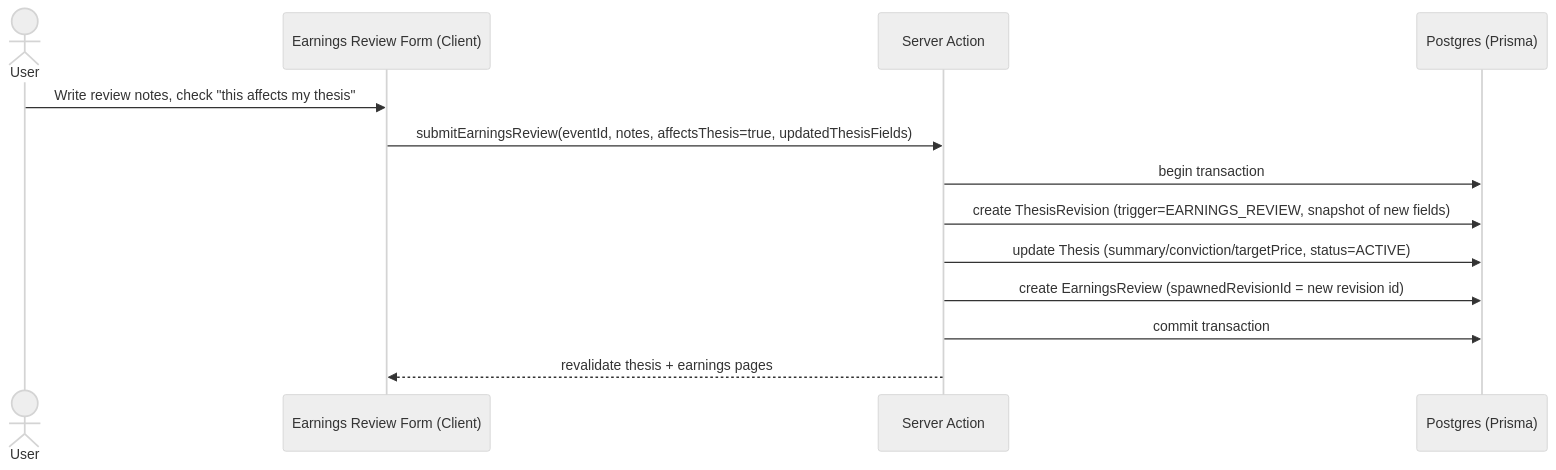
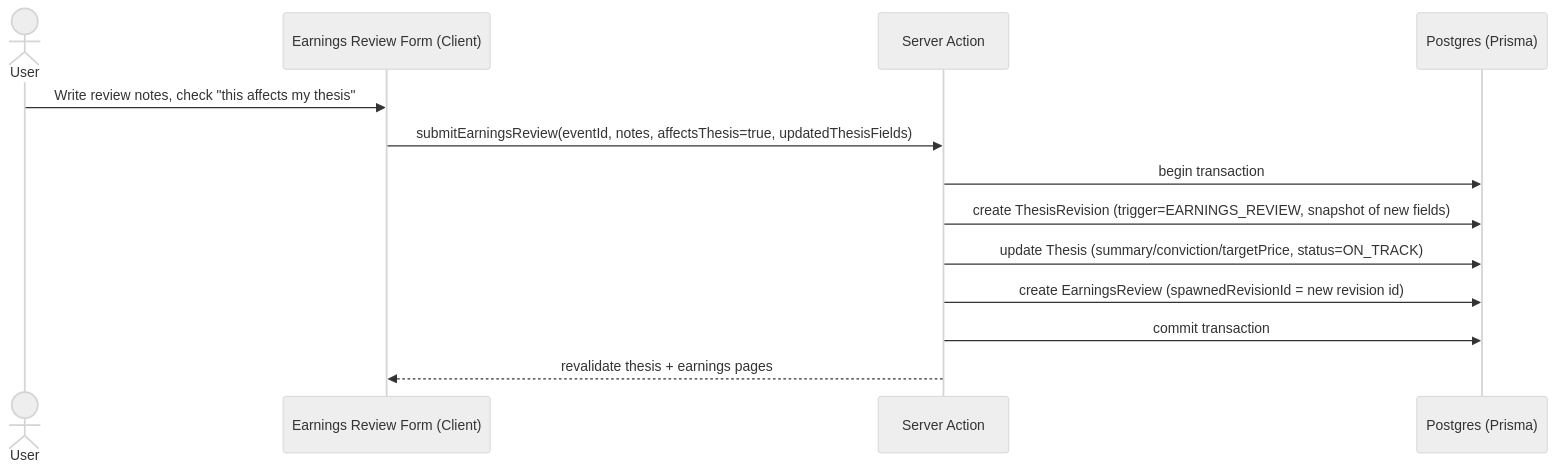
The eighth of 8 diagrams in docs/phase-0/10-data-flow.md (ayush51/stocklens), drawn with Mermaid (neutral theme) before and after one commit. The commit also changed other lines of this file and 11 other files, not shown here.

````diff
--- a/docs/phase-0/10-data-flow.md
+++ b/docs/phase-0/10-data-flow.md
@@ -129,16 +243,16 @@
 ```mermaid
 sequenceDiagram
     actor U as User
     participant UI as Earnings Review Form (Client)
     participant SA as Server Action
     participant DB as Postgres (Prisma)
 
     U->>UI: Write review notes, check "this affects my thesis"
     UI->>SA: submitEarningsReview(eventId, notes, affectsThesis=true, updatedThesisFields)
     SA->>DB: begin transaction
     SA->>DB: create ThesisRevision (trigger=EARNINGS_REVIEW, snapshot of new fields)
-    SA->>DB: update Thesis (summary/conviction/targetPrice, status=ACTIVE)
+    SA->>DB: update Thesis (summary/conviction/targetPrice, status=ON_TRACK)
     SA->>DB: create EarningsReview (spawnedRevisionId = new revision id)
     SA->>DB: commit transaction
     SA-->>UI: revalidate thesis + earnings pages
 ```
````
